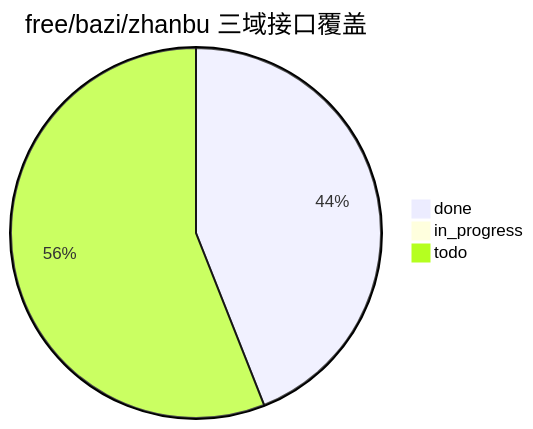
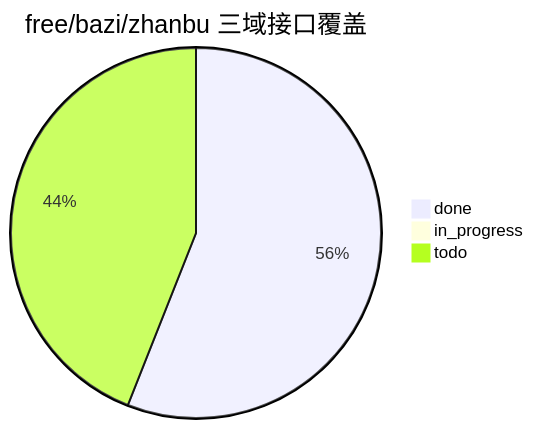
One commit to Scorpio69t/yuanfenju-go-sdk changed the diagram in docs/interface-catalog.md. Above: the diagram before and after it, drawn with Mermaid. The commit also changed other lines of this file and 4 other files, not shown here.

````diff
--- a/docs/interface-catalog.md
+++ b/docs/interface-catalog.md
@@ -15,6 +15,6 @@
 ```mermaid
 pie title free/bazi/zhanbu 三域接口覆盖
-    "done" : 11
+    "done" : 14
     "in_progress" : 0
-    "todo" : 14
+    "todo" : 11
 ```
````
